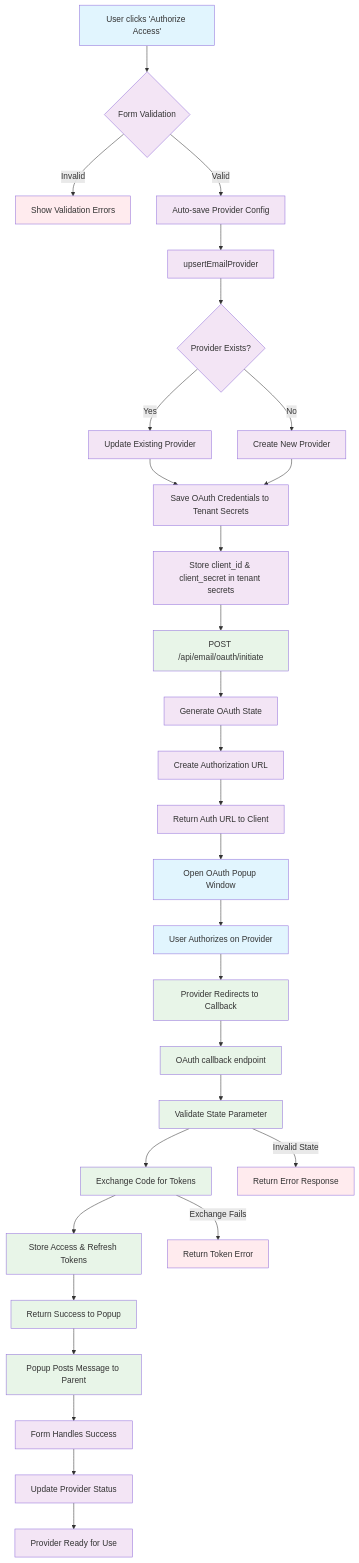
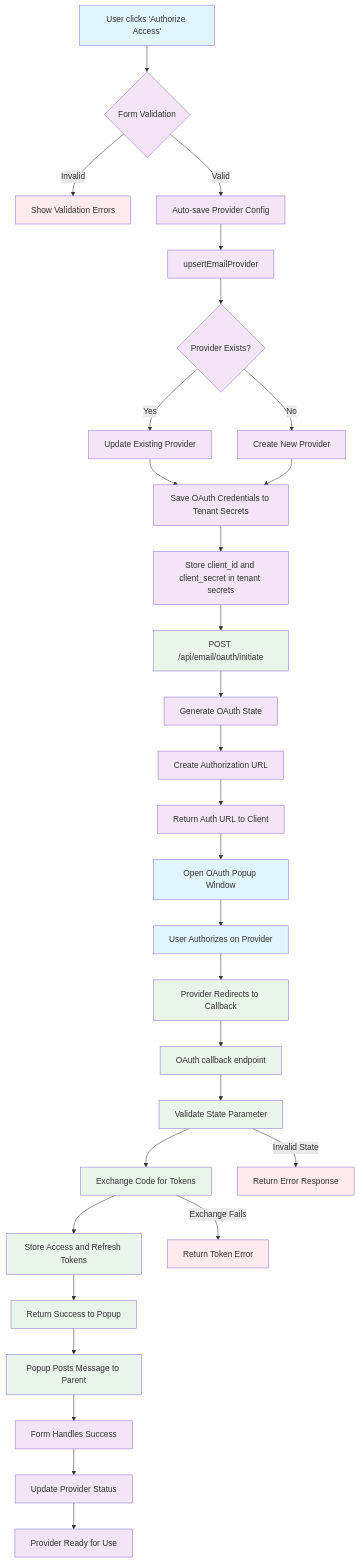
One commit to Nine-Minds/alga-psa changed the diagram in docs/inbound-email/README.md. Above: the diagram before and after it, drawn with Mermaid. The commit also changed 2 other files, not shown here.

Commit message:
Remove unnecessary migration for Gmail Pub/Sub standardization
- No existing pubsub callbacks configured
- Migration not needed as indicated by user feedback

````diff
--- a/docs/inbound-email/README.md
+++ b/docs/inbound-email/README.md
@@ -66,48 +66,48 @@
 ```mermaid
 flowchart TD
     A[User clicks 'Authorize Access'] --> B{Form Validation}
     B -->|Invalid| C[Show Validation Errors]
     B -->|Valid| D[Auto-save Provider Config]
     
     D --> E[upsertEmailProvider]
     E --> F{Provider Exists?}
     F -->|Yes| G[Update Existing Provider]
     F -->|No| H[Create New Provider]
     
     G --> I[Save OAuth Credentials to Tenant Secrets]
     H --> I
-    I --> J[Store client_id & client_secret in tenant secrets]
+    I --> J[Store client_id and client_secret in tenant secrets]
     
     J --> K[POST /api/email/oauth/initiate]
     K --> L[Generate OAuth State]
     L --> M[Create Authorization URL]
     M --> N[Return Auth URL to Client]
     
     N --> O[Open OAuth Popup Window]
     O --> P[User Authorizes on Provider]
     P --> Q[Provider Redirects to Callback]
     
     Q --> R[OAuth callback endpoint]
     R --> S[Validate State Parameter]
     S --> T[Exchange Code for Tokens]
-    T --> U[Store Access & Refresh Tokens]
+    T --> U[Store Access and Refresh Tokens]
     
     U --> V[Return Success to Popup]
     V --> W[Popup Posts Message to Parent]
     W --> X[Form Handles Success]
     X --> Y[Update Provider Status]
     Y --> Z[Provider Ready for Use]
     
     S -->|Invalid State| ERROR1[Return Error Response]
     T -->|Exchange Fails| ERROR2[Return Token Error]
     
     classDef userAction fill:#e1f5fe
     classDef systemAction fill:#f3e5f5
     classDef oauthAction fill:#e8f5e8
     classDef errorAction fill:#ffebee
     
     class A,O,P userAction
     class B,D,E,F,G,H,I,J,L,M,N,X,Y,Z systemAction
     class K,Q,R,S,T,U,V,W oauthAction
     class C,ERROR1,ERROR2 errorAction
 ```
````
